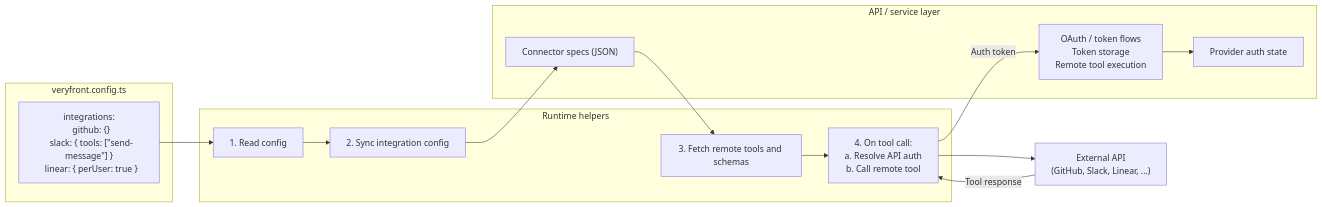
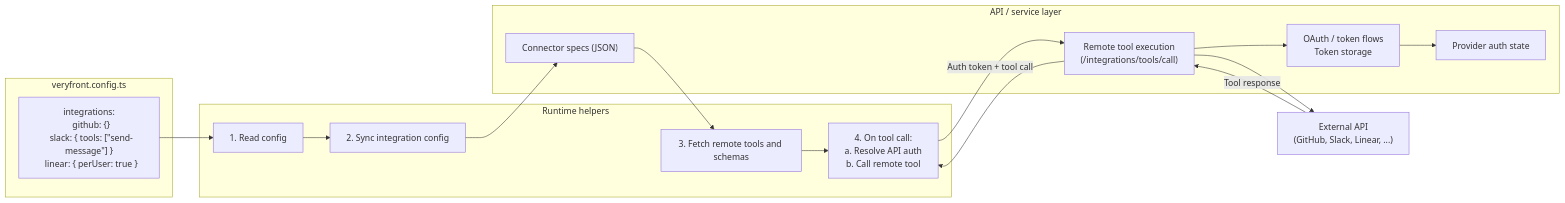
Before and after one commit to veryfront/veryfront-code: the diagram in docs/guides/integrations.md, drawn with Mermaid.

Commit message:
docs(guides): route tool-call edge through service layer in Mermaid diagram
Codex pointed out the diagram showed the runtime calling the external
provider directly, contradicting the adjacent Key points list ("The API
/ service layer is responsible for ... remote integration execution").
The implementation in src/integrations/remote-tools.ts confirms this:
executeRemoteIntegrationTool delegates to callRemoteTool, which POSTs
to ${baseUrl}/integrations/tools/call. The runtime never opens a
connection to GitHub/Slack/Linear itself.

Re-route the call/response edges through a dedicated "Remote tool
execution" node inside the Service subgraph so the diagram matches the
runtime boundary and the prose.

````diff
--- a/docs/guides/integrations.md
+++ b/docs/guides/integrations.md
@@ -24,31 +24,34 @@
 ```mermaid
 flowchart LR
     subgraph Project["veryfront.config.ts"]
         cfg["integrations:<br/>&nbsp;&nbsp;github: {}<br/>&nbsp;&nbsp;slack: { tools: [&quot;send-message&quot;] }<br/>&nbsp;&nbsp;linear: { perUser: true }"]
     end
 
     subgraph Runtime["Runtime helpers"]
         step1["1. Read config"]
         step2["2. Sync integration config"]
         step3["3. Fetch remote tools and schemas"]
         step4["4. On tool call:<br/>a. Resolve API auth<br/>b. Call remote tool"]
     end
 
     subgraph Service["API / service layer"]
         specs["Connector specs (JSON)"]
-        oauth["OAuth / token flows<br/>Token storage<br/>Remote tool execution"]
+        exec["Remote tool execution<br/>(/integrations/tools/call)"]
+        oauth["OAuth / token flows<br/>Token storage"]
         authState["Provider auth state"]
     end
 
     api["External API<br/>(GitHub, Slack, Linear, ...)"]
 
     cfg --> step1
     step1 --> step2
     step2 --> specs
     specs --> step3
     step3 --> step4
-    step4 -- "Auth token" --> oauth
+    step4 -- "Auth token + tool call" --> exec
+    exec --> oauth
     oauth --> authState
-    step4 --> api
-    api -- "Tool response" --> step4
+    exec --> api
+    api -- "Tool response" --> exec
+    exec --> step4
 ```
````
